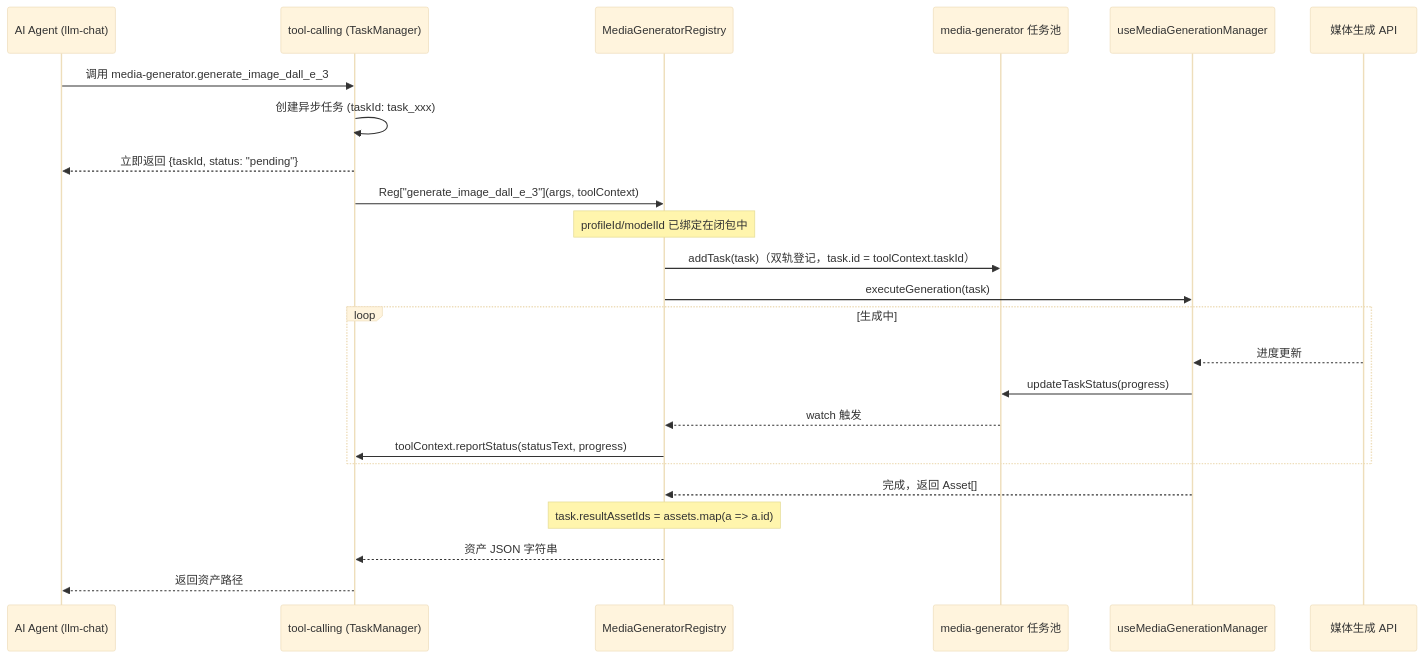
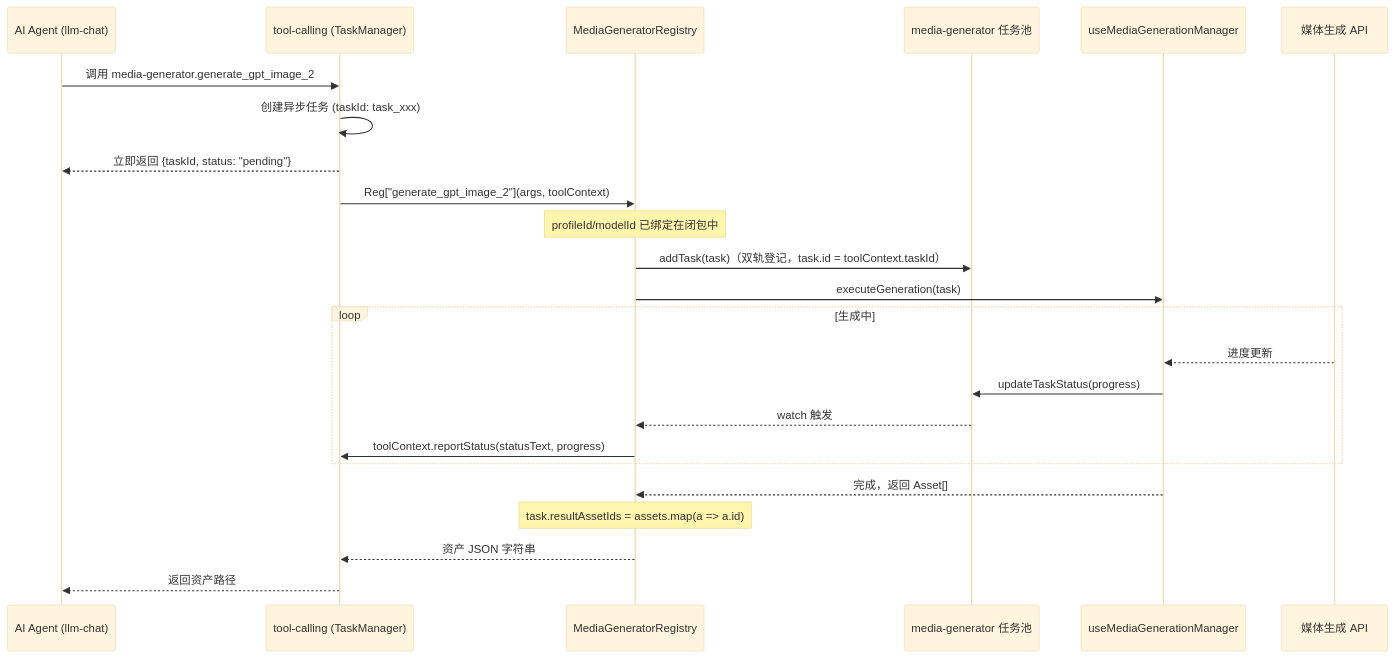
Before and after one commit to miaotouy/aio-hub: the third of 3 diagrams in src/tools/media-generator/doc/Plan/agent-integration-plan.md, drawn with Mermaid (base theme). The commit also changed other lines of this file, not shown here.

First line of the commit message:
docs(media-generator): 更新 Agent 集成方案，支持全模态与渠道透明路由

````diff
--- a/src/tools/media-generator/doc/Plan/agent-integration-plan.md
+++ b/src/tools/media-generator/doc/Plan/agent-integration-plan.md
@@ -203,30 +248,30 @@
 ```mermaid
 sequenceDiagram
     participant Agent as AI Agent (llm-chat)
     participant TC as tool-calling (TaskManager)
     participant Reg as MediaGeneratorRegistry
     participant Store as media-generator 任务池
     participant Mgr as useMediaGenerationManager
     participant API as 媒体生成 API
 
-    Agent->>TC: 调用 media-generator.generate_image_dall_e_3
+    Agent->>TC: 调用 media-generator.generate_gpt_image_2
     TC->>TC: 创建异步任务 (taskId: task_xxx)
     TC-->>Agent: 立即返回 {taskId, status: "pending"}
 
-    TC->>Reg: Reg["generate_image_dall_e_3"](args, toolContext)
+    TC->>Reg: Reg["generate_gpt_image_2"](args, toolContext)
     Note over Reg: profileId/modelId 已绑定在闭包中
     Reg->>Store: addTask(task)（双轨登记，task.id = toolContext.taskId）
     Reg->>Mgr: executeGeneration(task)
 
     loop 生成中
         API-->>Mgr: 进度更新
         Mgr->>Store: updateTaskStatus(progress)
         Store-->>Reg: watch 触发
         Reg->>TC: toolContext.reportStatus(statusText, progress)
     end
 
     Mgr-->>Reg: 完成，返回 Asset[]
     Note over Reg: task.resultAssetIds = assets.map(a => a.id)
     Reg-->>TC: 资产 JSON 字符串
     TC-->>Agent: 返回资产路径
 ```
````
